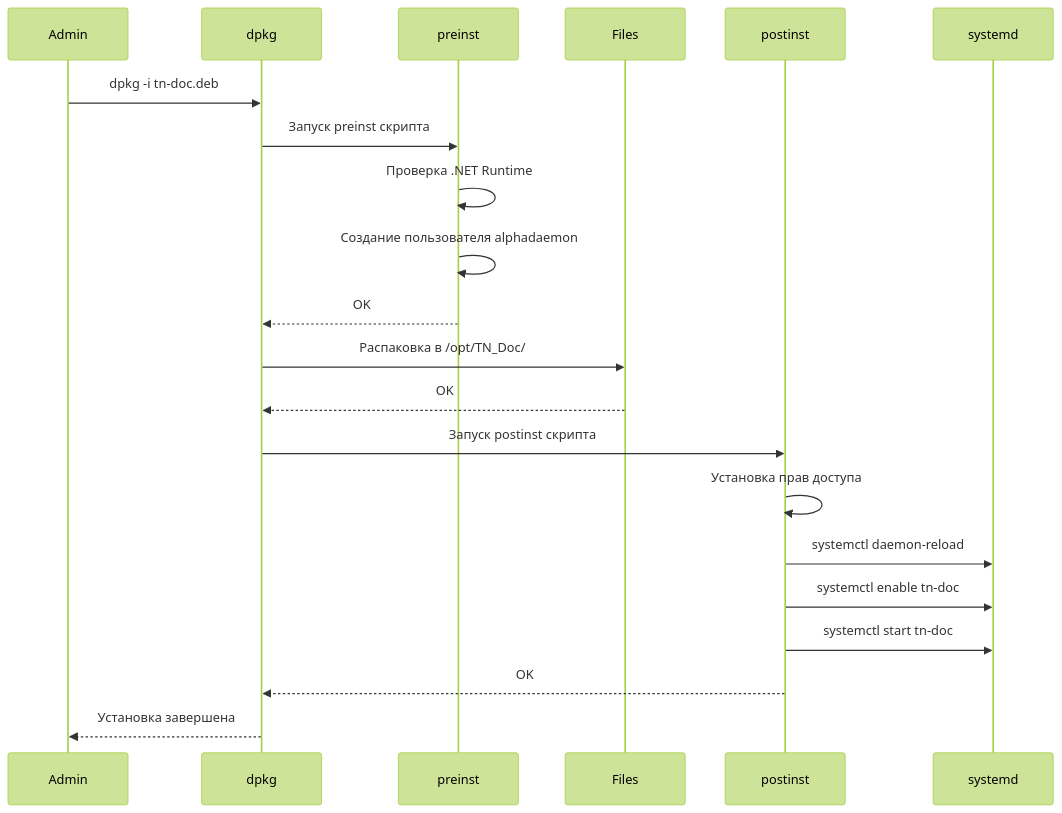
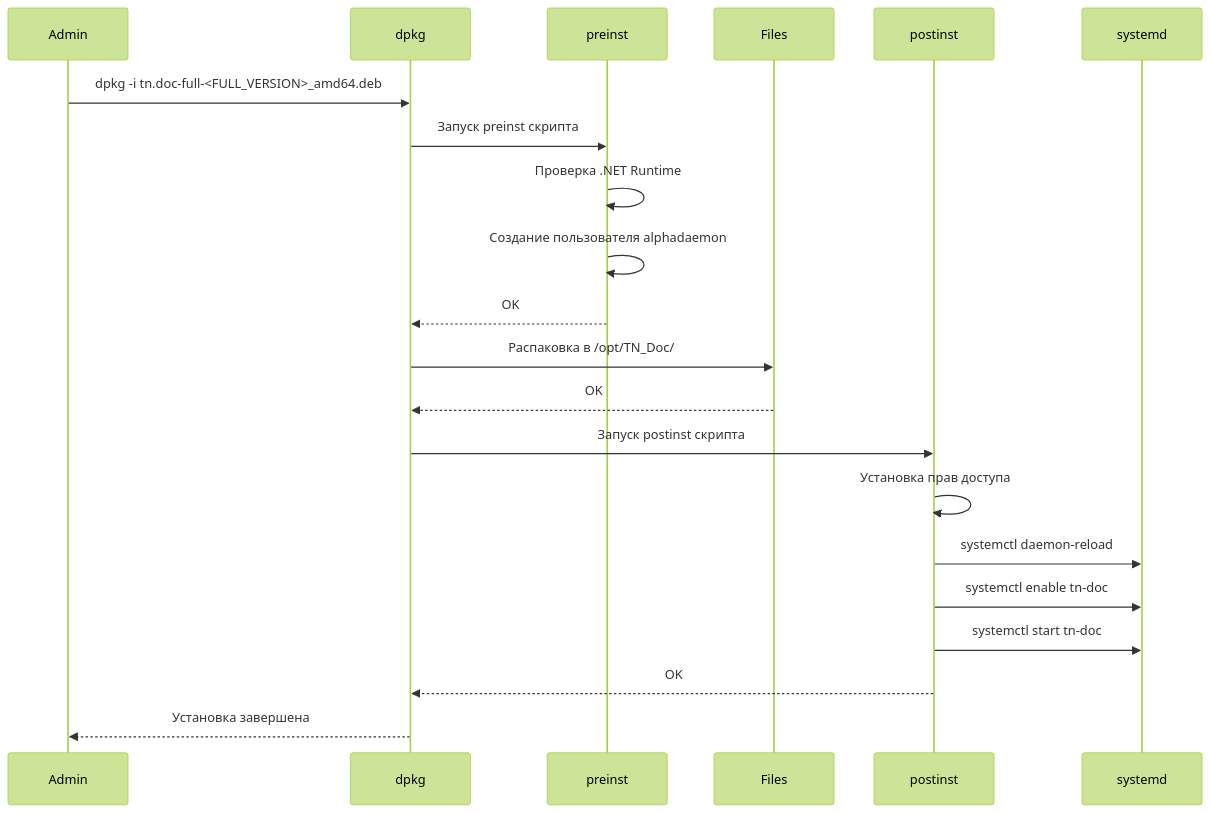
The second of 2 diagrams in docs/deployment/linux.md (tn-ivk/tn-doc), drawn with Mermaid (forest theme) before and after one commit. The commit also changed other lines of this file and 6 other files, not shown here.

````diff
--- a/docs/deployment/linux.md
+++ b/docs/deployment/linux.md
@@ -79,27 +84,27 @@
 ```mermaid
 sequenceDiagram
     participant Admin
     participant dpkg
     participant preinst
     participant Files
     participant postinst
     participant systemd
 
-    Admin->>dpkg: dpkg -i tn-doc.deb
+    Admin->>dpkg: dpkg -i tn.doc-full-<FULL_VERSION>_amd64.deb
     dpkg->>preinst: Запуск preinst скрипта
     preinst->>preinst: Проверка .NET Runtime
     preinst->>preinst: Создание пользователя alphadaemon
     preinst-->>dpkg: OK
 
     dpkg->>Files: Распаковка в /opt/TN_Doc/
     Files-->>dpkg: OK
 
     dpkg->>postinst: Запуск postinst скрипта
     postinst->>postinst: Установка прав доступа
     postinst->>systemd: systemctl daemon-reload
     postinst->>systemd: systemctl enable tn-doc
     postinst->>systemd: systemctl start tn-doc
     postinst-->>dpkg: OK
 
     dpkg-->>Admin: Установка завершена
 ```
````
